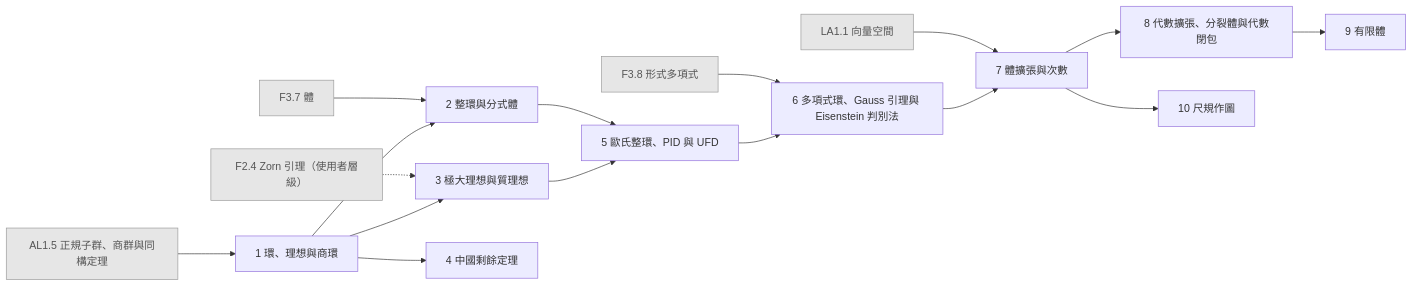
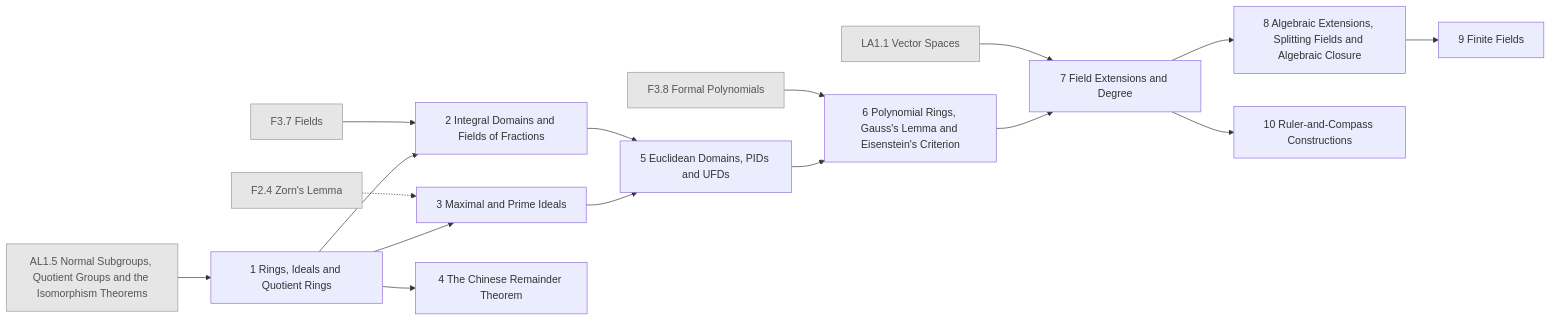
Diagram 13 of 26 in generated/README.md (AkizumiFox/math-atlas), drawn with Mermaid before and after one commit. The commit also changed other lines of this file and 36 other files, not shown here.

````diff
--- a/generated/README.md
+++ b/generated/README.md
@@ -360,36 +359,36 @@
 ```mermaid
 flowchart LR
-  F2_4["F2.4 Zorn 引理（使用者層級）"]:::ext
-  F3_7["F3.7 體"]:::ext
-  F3_8["F3.8 形式多項式"]:::ext
-  LA1_1["LA1.1 向量空間"]:::ext
-  AL1_5["AL1.5 正規子群、商群與同構定理"]:::ext
-  AL2_1["1 環、理想與商環"]
-  AL2_2["2 整環與分式體"]
-  AL2_3["3 極大理想與質理想"]
-  AL2_4["4 中國剩餘定理"]
-  AL2_5["5 歐氏整環、PID 與 UFD"]
-  AL2_6["6 多項式環、Gauss 引理與 Eisenstein 判別法"]
-  AL2_7["7 體擴張與次數"]
-  AL2_8["8 代數擴張、分裂體與代數閉包"]
-  AL2_9["9 有限體"]
-  AL2_10["10 尺規作圖"]
+  F2_4["F2.4 Zorn's Lemma"]:::ext
+  F3_7["F3.7 Fields"]:::ext
+  F3_8["F3.8 Formal Polynomials"]:::ext
+  LA1_1["LA1.1 Vector Spaces"]:::ext
+  AL1_5["AL1.5 Normal Subgroups, Quotient Groups and the Isomorphism Theorems"]:::ext
+  AL2_1["1 Rings, Ideals and Quotient Rings"]
+  AL2_2["2 Integral Domains and Fields of Fractions"]
+  AL2_3["3 Maximal and Prime Ideals"]
+  AL2_4["4 The Chinese Remainder Theorem"]
+  AL2_5["5 Euclidean Domains, PIDs and UFDs"]
+  AL2_6["6 Polynomial Rings, Gauss's Lemma and Eisenstein's Criterion"]
+  AL2_7["7 Field Extensions and Degree"]
+  AL2_8["8 Algebraic Extensions, Splitting Fields and Algebraic Closure"]
+  AL2_9["9 Finite Fields"]
+  AL2_10["10 Ruler-and-Compass Constructions"]
   AL1_5 --> AL2_1
   F3_7 --> AL2_2
   AL2_1 --> AL2_2
   F2_4 -.-> AL2_3
   AL2_1 --> AL2_3
   AL2_1 --> AL2_4
   AL2_2 --> AL2_5
   AL2_3 --> AL2_5
   F3_8 --> AL2_6
   AL2_5 --> AL2_6
   LA1_1 --> AL2_7
   AL2_6 --> AL2_7
   AL2_7 --> AL2_8
   AL2_8 --> AL2_9
   AL2_7 --> AL2_10
   classDef ext fill:#e6e6e6,stroke:#999,color:#555
   classDef opt fill:#fff,stroke:#999,stroke-dasharray:4 3,color:#555
   classDef segb fill:#f6f6fb,stroke:#99a,color:#333
 ```
````
